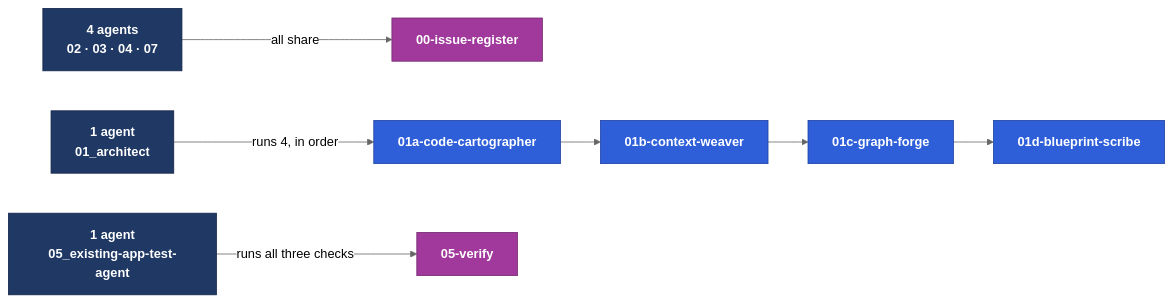
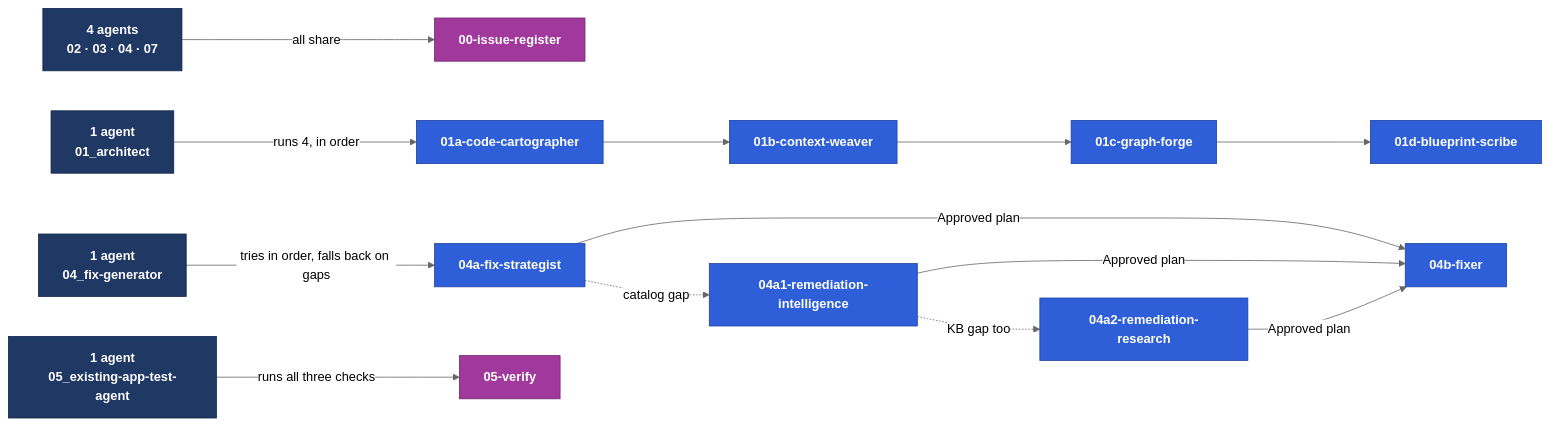
The second of 5 diagrams in .github/README.md (KrishnaAnnavaram/MARS), drawn with Mermaid (neutral theme) before and after one commit. The commit also changed other lines of this file and 77 other files, not shown here.

First line of the commit message:
Add 04a1/04a2 catalog-gap fallbacks under the Fix Strategist

````diff
--- a/.github/README.md
+++ b/.github/README.md
@@ -151,18 +151,25 @@
 ```mermaid
 flowchart LR
   A0["4 agents<br/>02 · 03 · 04 · 07"] -->|"all share"| K0["00-issue-register"]
 
   AA["1 agent<br/>01_architect"] -->|"runs 4, in order"| K1["01a-code-cartographer"]
   K1 --> K2["01b-context-weaver"]
   K2 --> K3["01c-graph-forge"]
   K3 --> K4["01d-blueprint-scribe"]
 
+  AF["1 agent<br/>04_fix-generator"] -->|"tries in order, falls back on gaps"| K7["04a-fix-strategist"]
+  K7 -.->|"catalog gap"| K8["04a1-remediation-intelligence"]
+  K8 -.->|"KB gap too"| K9["04a2-remediation-research"]
+  K7 -->|"Approved plan"| K10["04b-fixer"]
+  K8 -->|"Approved plan"| K10
+  K9 -->|"Approved plan"| K10
+
   AV["1 agent<br/>05_existing-app-test-agent"] -->|"runs all three checks"| K6["05-verify"]
 
   classDef skill fill:#2E5FD9,stroke:#1e42a0,color:#fff,font-weight:bold
   classDef agent fill:#1F3864,stroke:#14254a,color:#fff,font-weight:bold
   classDef shared fill:#A0399B,stroke:#732770,color:#fff,font-weight:bold
-  class K1,K2,K3,K4 skill
+  class K1,K2,K3,K4,K7,K8,K9,K10 skill
   class K0,K6 shared
-  class A0,AA,AV agent
+  class A0,AA,AF,AV agent
 ```
````
